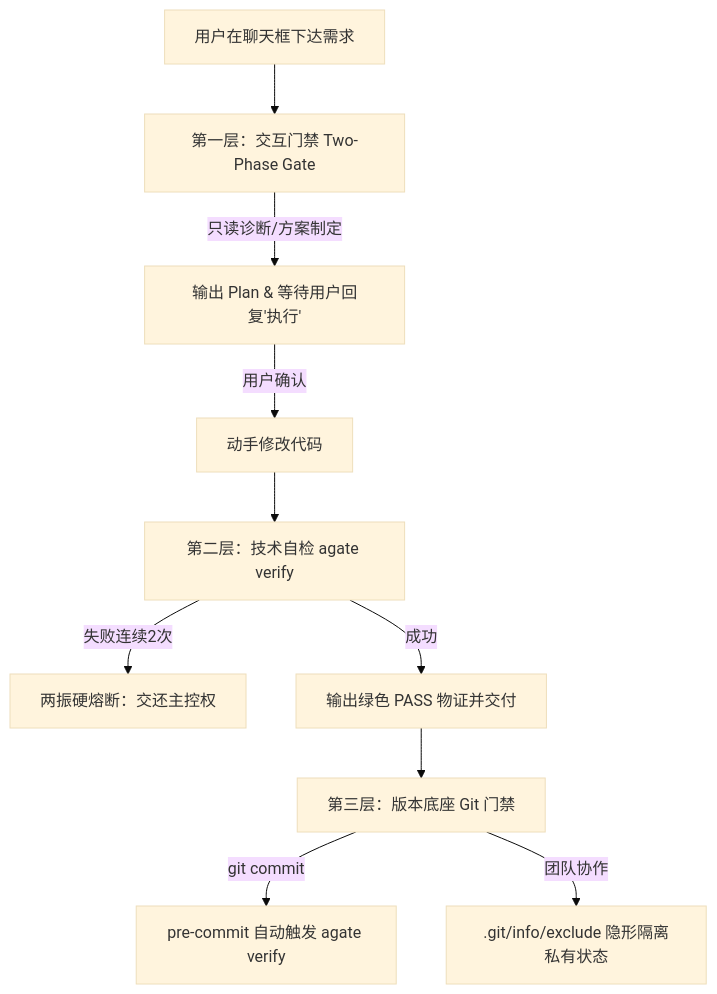
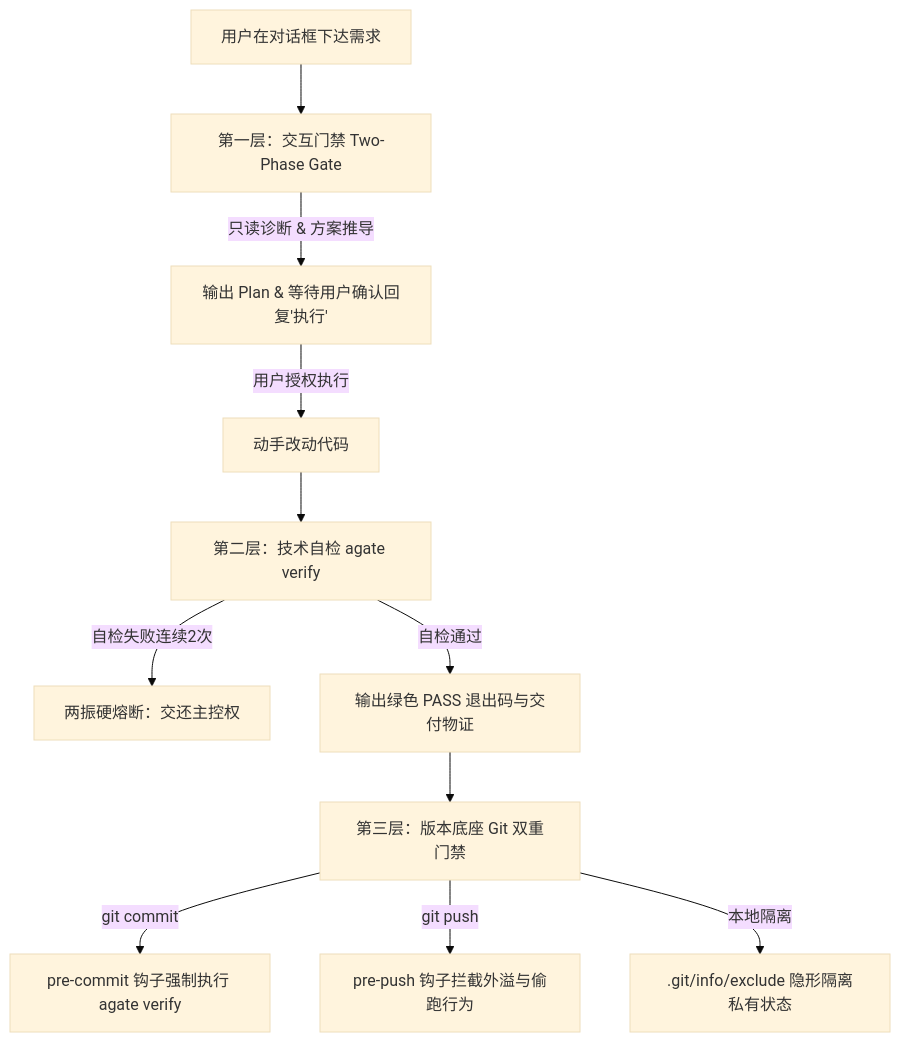
The diagram in README.md (Simon-yyy/Agate), drawn with Mermaid (base theme) before and after one commit. The commit also changed other lines of this file, not shown here.

````diff
--- a/README.md
+++ b/README.md
@@ -92,12 +138,13 @@
 ```mermaid
 graph TD
-    A[用户在聊天框下达需求] --> B[第一层：交互门禁 Two-Phase Gate]
-    B -->|只读诊断/方案制定| C[输出 Plan & 等待用户回复'执行']
-    C -->|用户确认| D[动手修改代码]
+    A[用户在对话框下达需求] --> B[第一层：交互门禁 Two-Phase Gate]
+    B -->|只读诊断 & 方案推导| C[输出 Plan & 等待用户确认回复'执行']
+    C -->|用户授权执行| D[动手改动代码]
     D --> E[第二层：技术自检 agate verify]
-    E -->|失败连续2次| F[两振硬熔断：交还主控权]
-    E -->|成功| G[输出绿色 PASS 物证并交付]
-    G --> H[第三层：版本底座 Git 门禁]
-    H -->|git commit| I[pre-commit 自动触发 agate verify]
-    H -->|团队协作| J[.git/info/exclude 隐形隔离私有状态]
+    E -->|自检失败连续2次| F[两振硬熔断：交还主控权]
+    E -->|自检通过| G[输出绿色 PASS 退出码与交付物证]
+    G --> H[第三层：版本底座 Git 双重门禁]
+    H -->|git commit| I[pre-commit 钩子强制执行 agate verify]
+    H -->|git push| J[pre-push 钩子拦截外溢与偷跑行为]
+    H -->|本地隔离| K[.git/info/exclude 隐形隔离私有状态]
 ```
````
